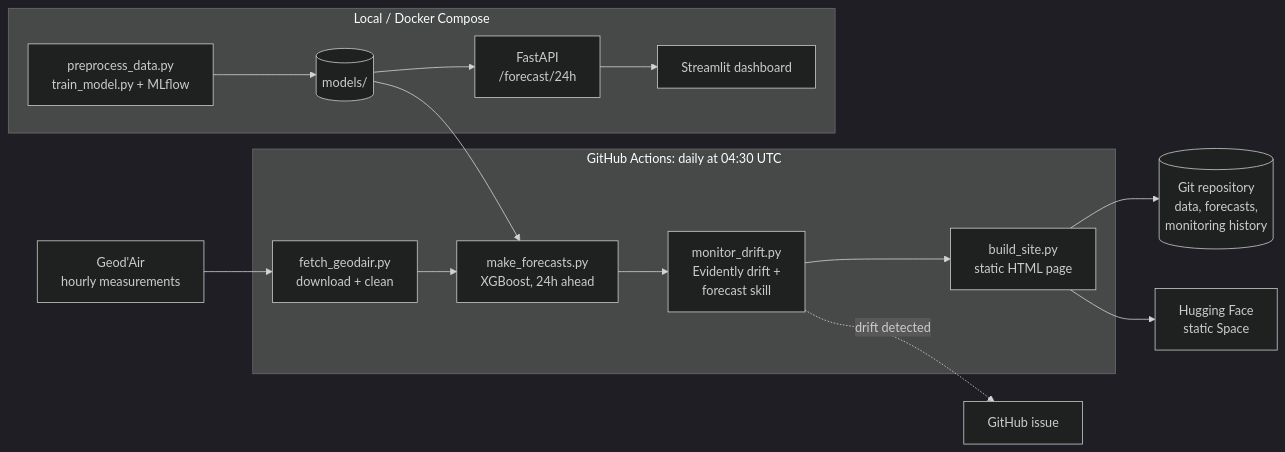
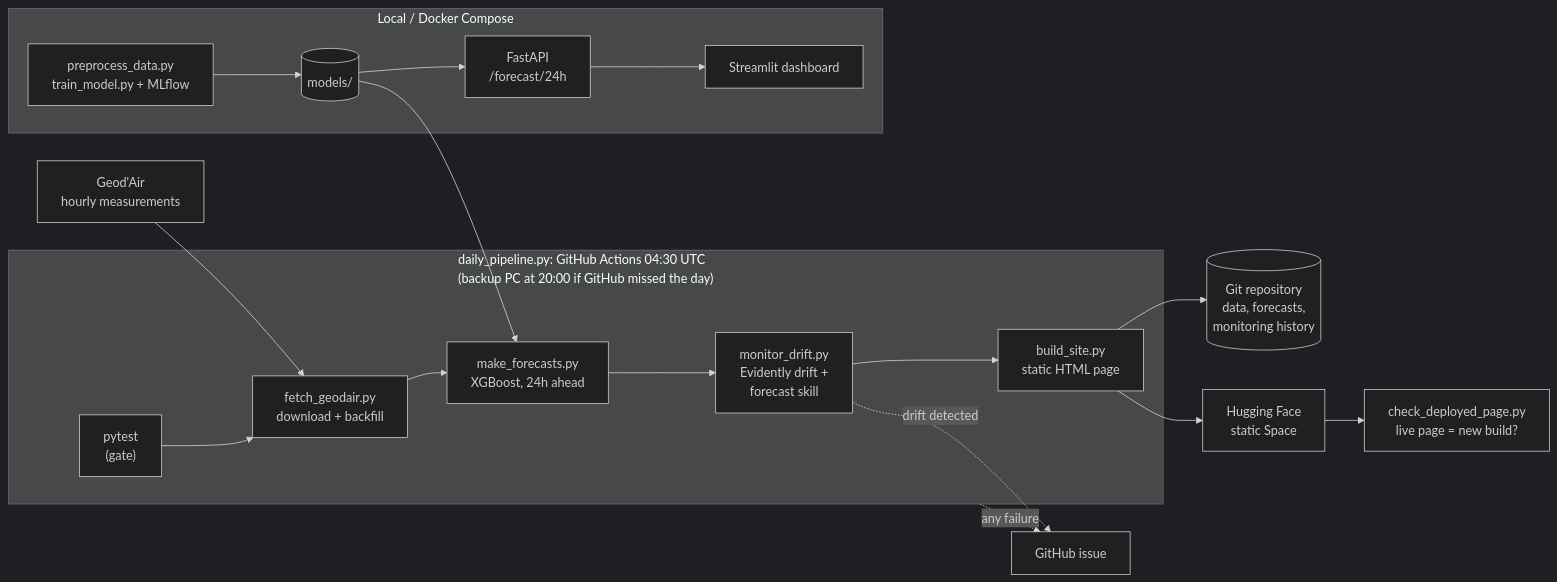
Before and after one commit to JayaSaiKishore7/AirQuality_AnalysisFR: the diagram in README.md, drawn with Mermaid (dark theme). The commit also changed other lines of this file, not shown here.

Commit message:
README: describe the release process, daily runners, failure handling and rollback

````diff
--- a/README.md
+++ b/README.md
@@ -27,22 +30,25 @@
 ```mermaid
 flowchart LR
     G["Geod'Air<br/>hourly measurements"] --> F
 
-    subgraph GA["GitHub Actions: daily at 04:30 UTC"]
-        F["fetch_geodair.py<br/>download + clean"] --> P["make_forecasts.py<br/>XGBoost, 24h ahead"]
+    subgraph GA["daily_pipeline.py: GitHub Actions 04:30 UTC<br/>(backup PC at 20:00 if GitHub missed the day)"]
+        TG["pytest<br/>(gate)"] --> F["fetch_geodair.py<br/>download + backfill"]
+        F --> P["make_forecasts.py<br/>XGBoost, 24h ahead"]
         P --> M["monitor_drift.py<br/>Evidently drift +<br/>forecast skill"]
         M --> S["build_site.py<br/>static HTML page"]
     end
 
     S --> R[("Git repository<br/>data, forecasts,<br/>monitoring history")]
     S --> H["Hugging Face<br/>static Space"]
+    H --> V["check_deployed_page.py<br/>live page = new build?"]
     M -. "drift detected" .-> I["GitHub issue"]
+    GA -. "any failure" .-> I
 
     subgraph LOCAL["Local / Docker Compose"]
         T["preprocess_data.py<br/>train_model.py + MLflow"] --> MOD[("models/")]
         MOD --> API["FastAPI<br/>/forecast/24h"]
         API --> UI["Streamlit dashboard"]
     end
 
     MOD --> P
 ```
````
